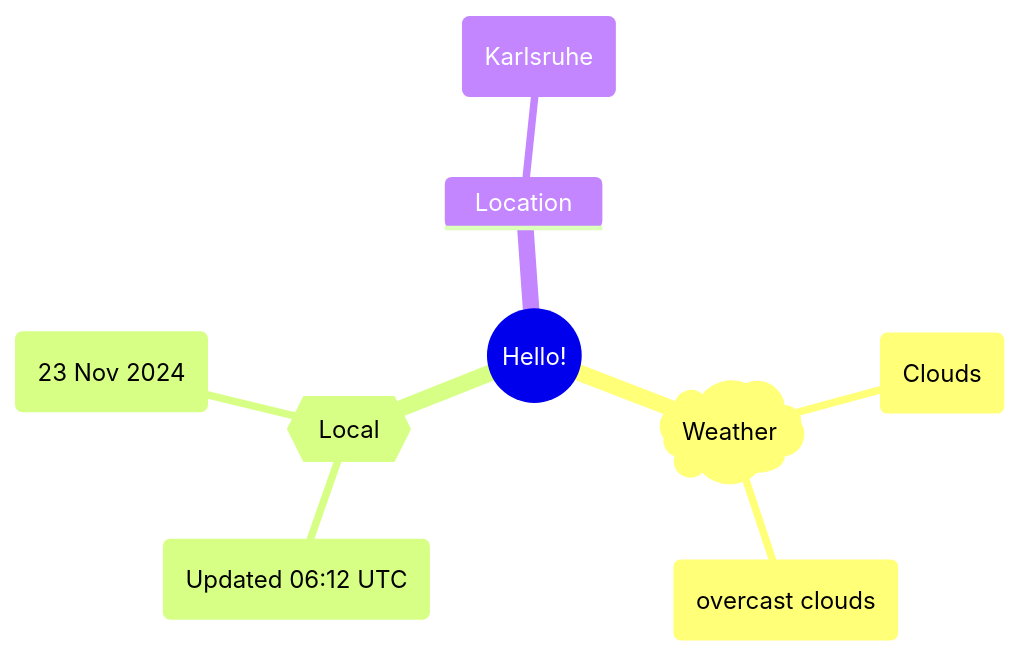
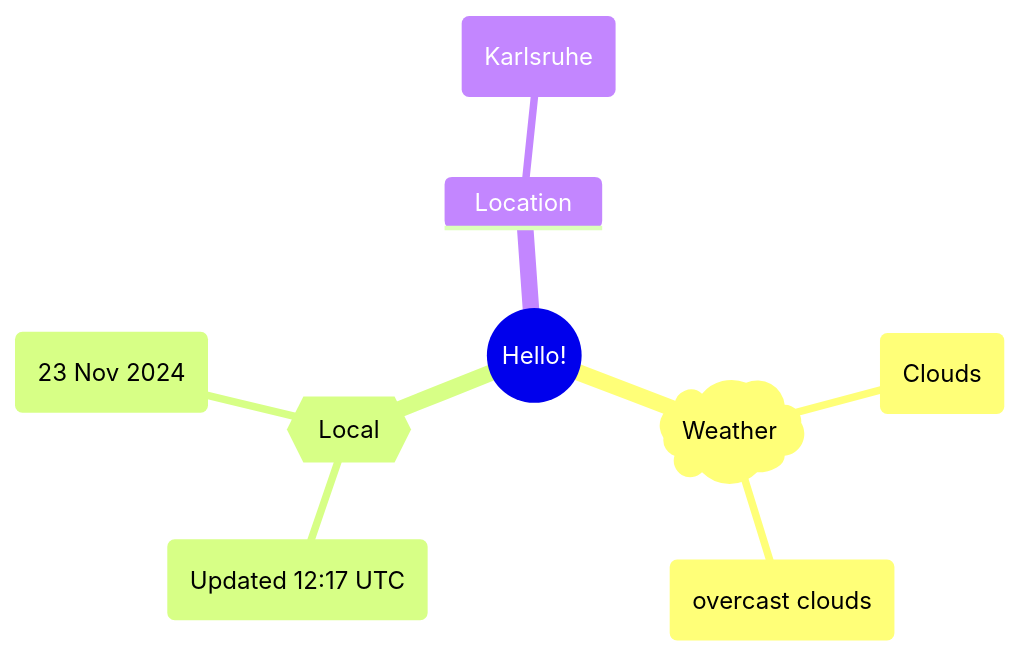
Before and after one commit to Xosrov/Xosrov: the first of 2 diagrams in README.md, drawn with Mermaid.

Commit message:
[bot] updated images

````diff
--- a/README.md
+++ b/README.md
@@ -3,12 +3,12 @@
 ```mermaid
 mindmap
   root((Hello!))
     )Weather(
         (Clouds)
         (overcast clouds)
     {{Local}}
-        (Updated 06:12 UTC)
+        (Updated 12:17 UTC)
         (23 Nov 2024)
     Location
         (Karlsruhe)
 ```
````
